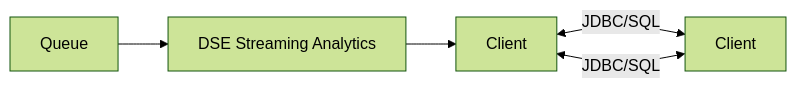
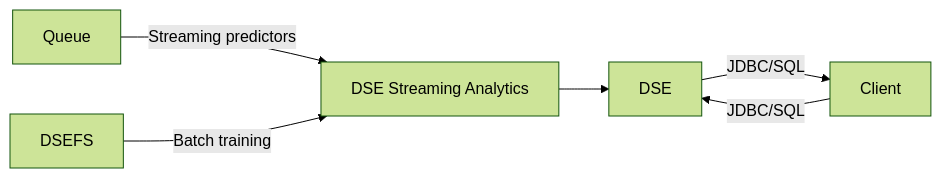
Before and after one commit to phact/streaming-ml-product-recommendation: the diagram in content/20_architecture/architecture.md, drawn with Mermaid (forest theme). The commit also changed 1 other file, not shown here.

```diff
--- a/content/20_architecture/architecture.md
+++ b/content/20_architecture/architecture.md
@@ -12,7 +12,9 @@
 {{< mermaid >}}
 graph LR
-A["Queue"]-->B["DSE Streaming Analytics"]
+C["Client"]
+A["Queue"]--"Streaming predictors"-->B["DSE Streaming Analytics"]
 B-->C["DSE"]
-C<--"JDBC/SQL"-->D["Client"]
-D<--"JDBC/SQL"-->C["Client"]
+C--"JDBC/SQL"-->D["Client"]
+D--"JDBC/SQL"-->C
+E["DSEFS"]--"Batch training"-->B
 {{< /mermaid >}}
```
